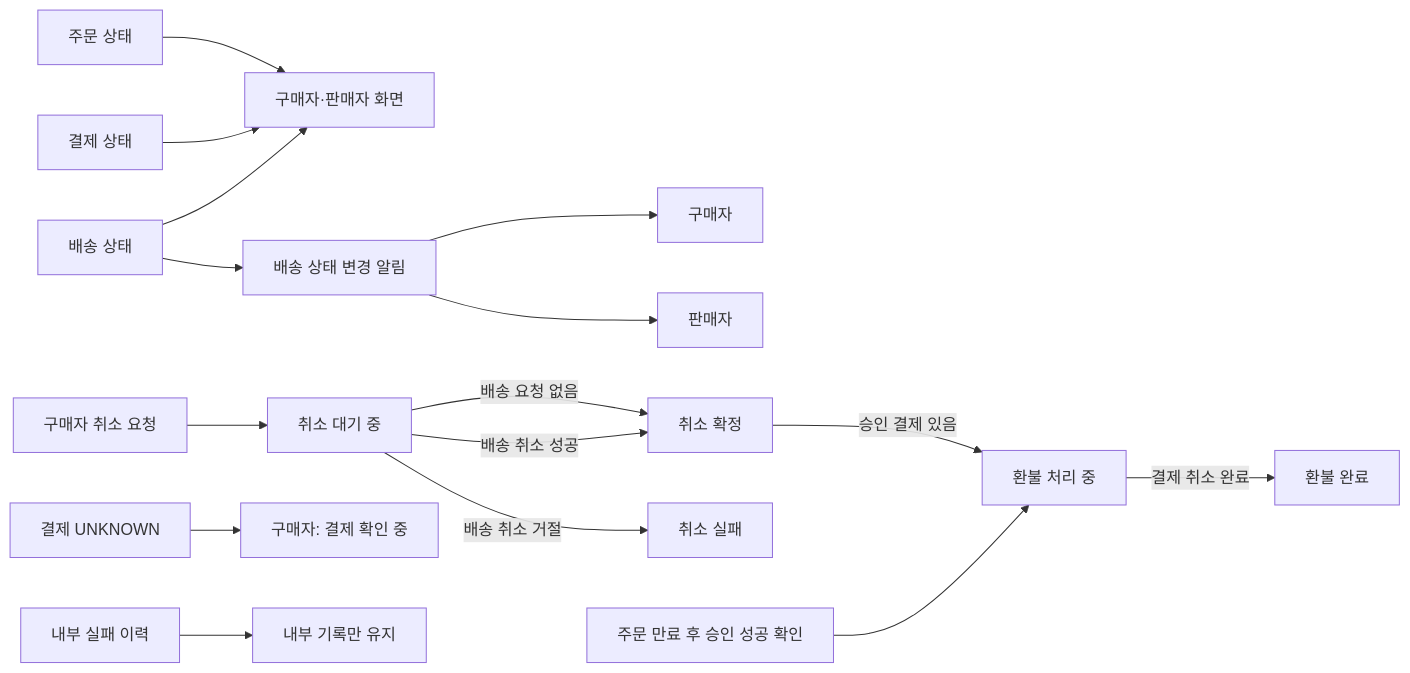
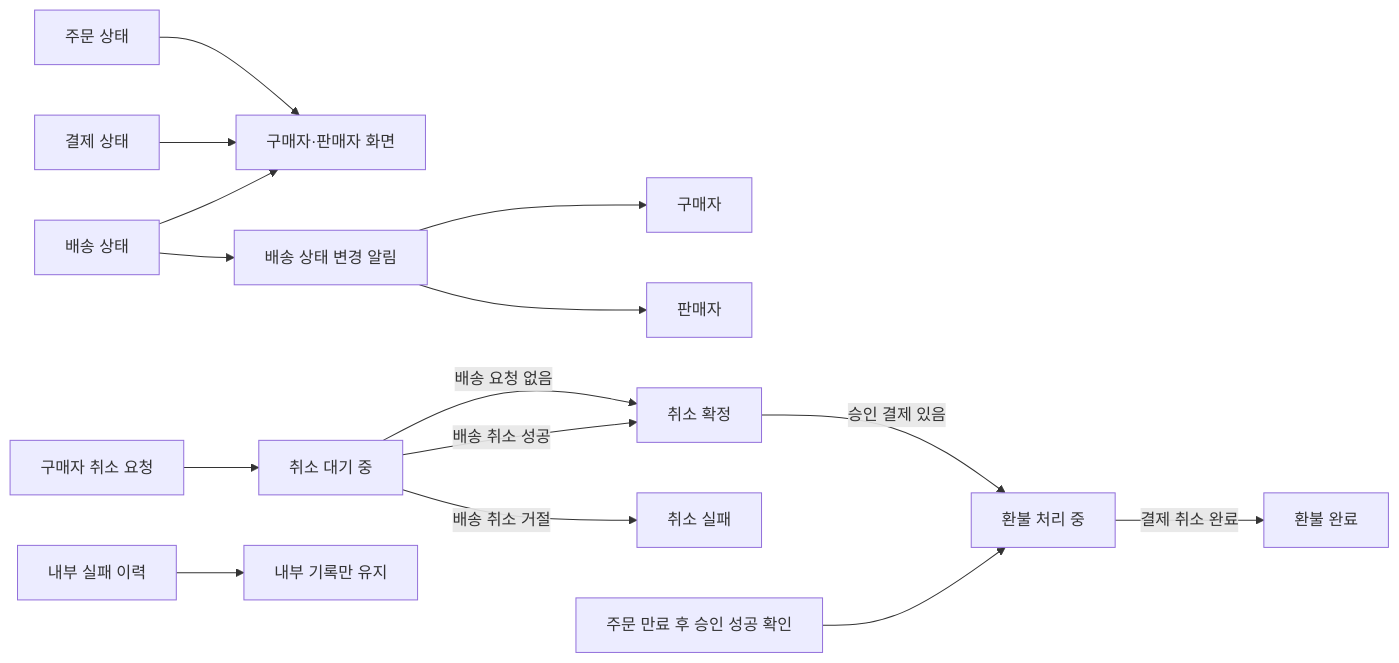
The diagram in docs/policy/customer-status.md (woowacourse-teams/2026-setty), drawn with Mermaid before and after one commit. The commit also changed other lines of this file and 2 other files, not shown here.

Commit message:
docs: mark UNKNOWN payment policy undecided

````diff
--- a/docs/policy/customer-status.md
+++ b/docs/policy/customer-status.md
@@ -14,18 +14,17 @@
 ```mermaid
 flowchart LR
     O["주문 상태"] --> V["구매자·판매자 화면"]
     P["결제 상태"] --> V
     D["배송 상태"] --> V
     D --> N["배송 상태 변경 알림"]
     N --> B["구매자"]
     N --> S["판매자"]
     CR["구매자 취소 요청"] --> CP["취소 대기 중"]
     CP -->|"배송 요청 없음"| CC["취소 확정"]
     CP -->|"배송 취소 성공"| CC
     CP -->|"배송 취소 거절"| CF["취소 실패"]
     CC -->|"승인 결제 있음"| RP["환불 처리 중"]
     LE["주문 만료 후 승인 성공 확인"] --> RP
     RP -->|"결제 취소 완료"| RC["환불 완료"]
-    U["결제 UNKNOWN"] --> Q["구매자: 결제 확인 중"]
     H["내부 실패 이력"] --> I["내부 기록만 유지"]
 ```
````
